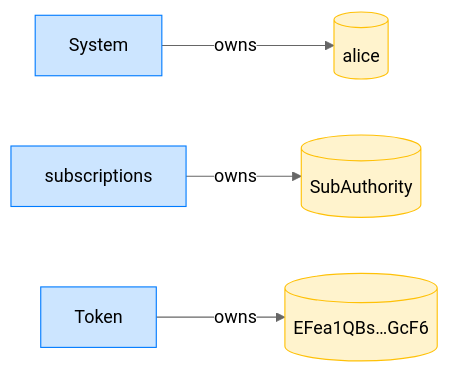
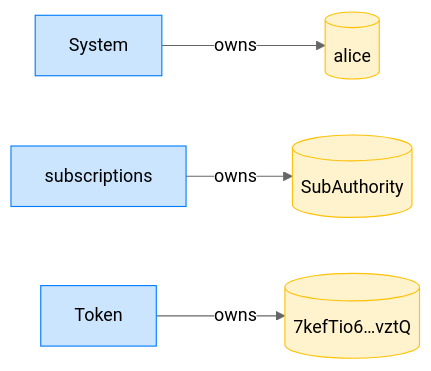
One commit to cds-rs/subscriptions changed the fourth of 16 diagrams in dsl_tests/resume-rejected-when-the-plan-has-expired.md. Above: the diagram before and after it, drawn with Mermaid (neutral theme). The commit also changed other lines of this file and 224 other files, not shown here.

````diff
--- a/dsl_tests/resume-rejected-when-the-plan-has-expired.md
+++ b/dsl_tests/resume-rejected-when-the-plan-has-expired.md
@@ -73,14 +78,14 @@
 ```mermaid
 flowchart LR
     classDef owner fill:#cce5ff,stroke:#007bff;
     classDef account fill:#fff3cd,stroke:#ffc107;
     System[System]:::owner
     alice[(alice)]:::account
     subscriptions[subscriptions]:::owner
     SubAuthority[(SubAuthority)]:::account
     Token[Token]:::owner
-    EFea1QBs_GcF6[("EFea1QBs…GcF6")]:::account
+    7kefTio6_vztQ[("7kefTio6…vztQ")]:::account
     System -->|owns| alice
     subscriptions -->|owns| SubAuthority
-    Token -->|owns| EFea1QBs_GcF6
+    Token -->|owns| 7kefTio6_vztQ
 ```
````
